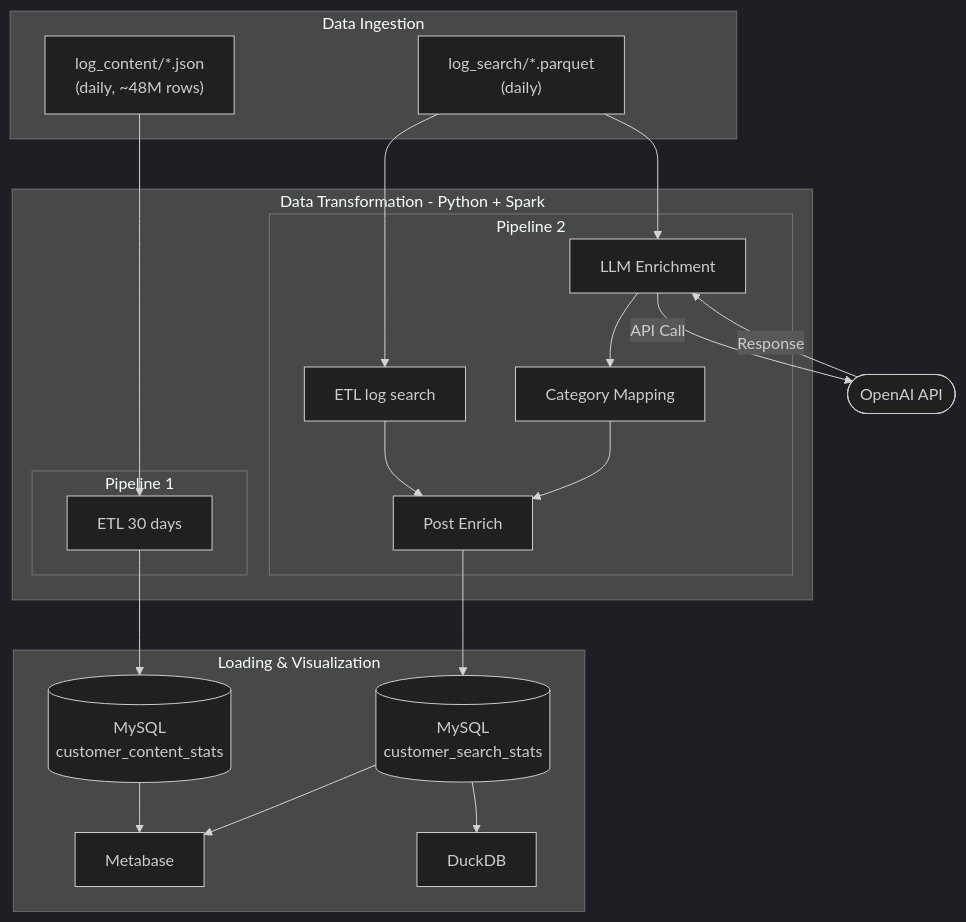
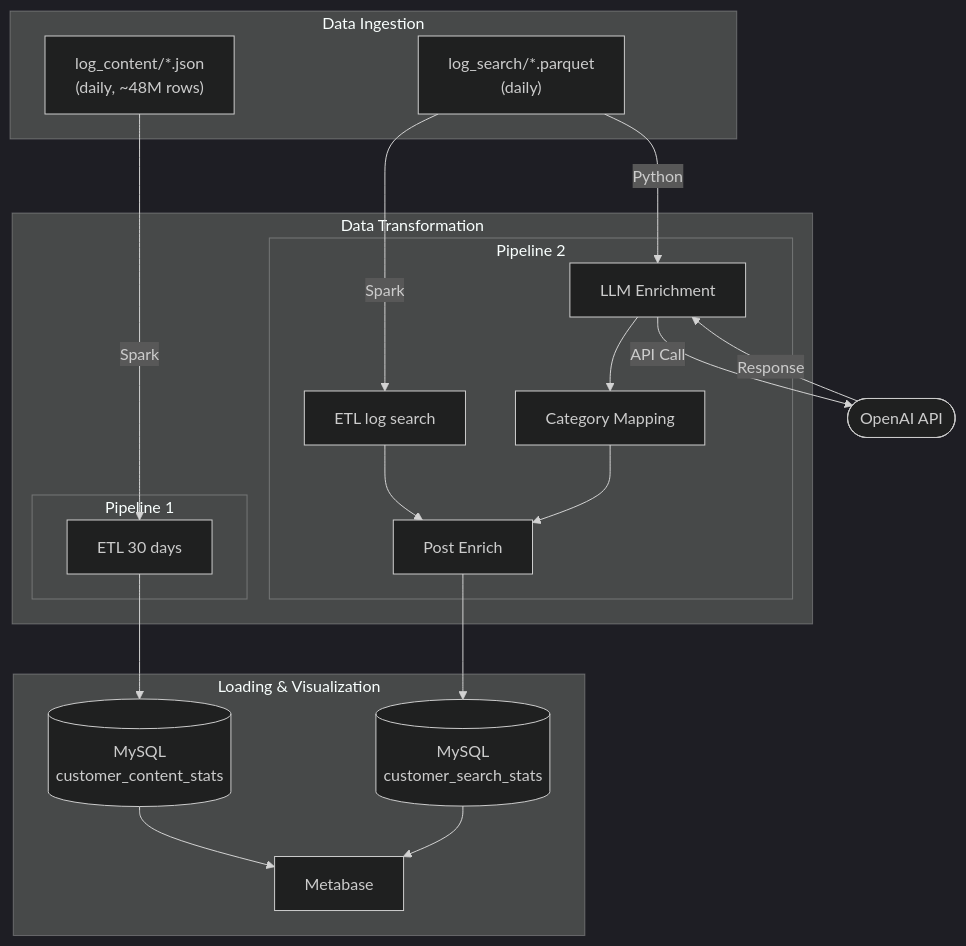
The first of 3 diagrams in README.md (hoangf384/Bigdata), drawn with Mermaid (dark theme) before and after one commit. The commit also changed other lines of this file and 1 other file, not shown here.

````diff
--- a/README.md
+++ b/README.md
@@ -36,40 +64,38 @@
 ```mermaid
 flowchart TB
     subgraph Sources["Data Ingestion"]
         S1["log_content/*.json<br/>(daily, ~48M rows)"]
         S2["log_search/*.parquet<br/>(daily)"]
     end
 
-    subgraph Processing["Data Transformation - Python + Spark"]
+    subgraph Processing["Data Transformation"]
         subgraph P1["Pipeline 1"]
             C1["ETL 30 days"]
         end
         subgraph P2["Pipeline 2"]
             E1["ETL log search"]
             E2["LLM Enrichment"]
             E3["Category Mapping"]
             E4["Post Enrich"]
             E1 --> E4
             E2 --> E3 --> E4
         end
     end
 
     OpenAI(["OpenAI API"])
 
     subgraph DB["Loading & Visualization"]
         M1[("MySQL<br/>customer_content_stats")]
         M2[("MySQL<br/>customer_search_stats")]
         V1["Metabase"]
-        V2["DuckDB"]
         M1 --> V1
         M2 --> V1
-        M2 --> V2
     end
 
-    S1 --> C1 --> M1
-    S2 --> E1
-    S2 --> E2
+    S1 --"Spark"--> C1 --> M1
+    S2 --"Spark"--> E1
+    S2 --"Python"--> E2
     E2 -- "API Call" --> OpenAI
     OpenAI -- "Response" --> E2
     E4 --> M2
 ```
````
